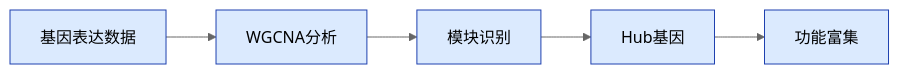
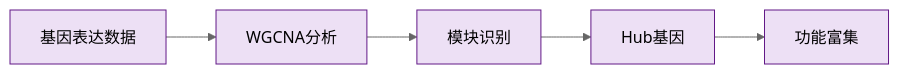
One commit to Lilong-Dong-Lab/slidev-theme-hebmu changed the diagram in example.md. Above: the diagram before and after it, drawn with Mermaid (neutral theme). The commit also changed 32 other files, not shown here.

````diff
--- a/example.md
+++ b/example.md
@@ -148,12 +148,12 @@
 ```mermaid
 graph LR
     A[基因表达数据] --> B[WGCNA分析]
     B --> C[模块识别]
     C --> D[Hub基因]
     D --> E[功能富集]
-    style A fill:#dbeafe,stroke:#1e40af
-    style B fill:#dbeafe,stroke:#1e40af
-    style C fill:#dbeafe,stroke:#1e40af
-    style D fill:#dbeafe,stroke:#1e40af
-    style E fill:#dbeafe,stroke:#1e40af
+    style A fill:#ede0f5,stroke:#621887
+    style B fill:#ede0f5,stroke:#621887
+    style C fill:#ede0f5,stroke:#621887
+    style D fill:#ede0f5,stroke:#621887
+    style E fill:#ede0f5,stroke:#621887
 ```
````
